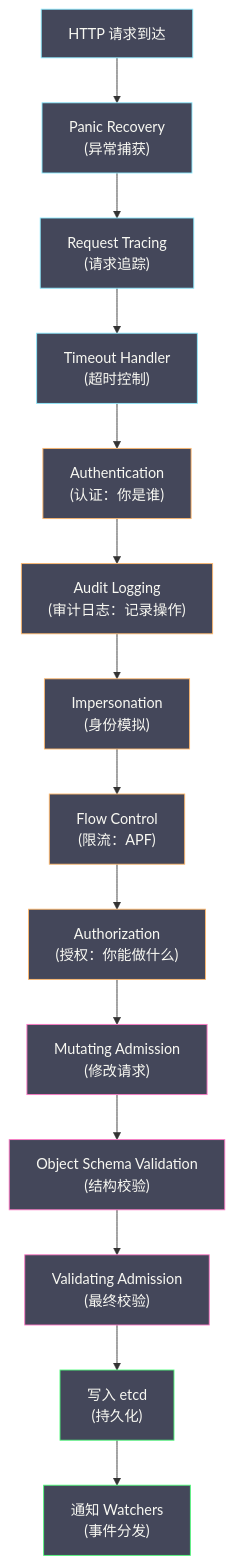
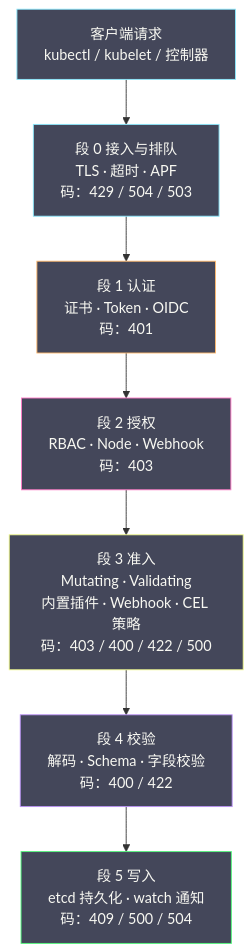
The first of 4 diagrams in content/云原生/Kubernetes/kubernetes之API Server/01 API Server 的角色与整体架构.md (hpliStartAgain/my-brain), drawn with Mermaid before and after one commit. The commit also changed other lines of this file and 455 other files, not shown here.

````diff
--- a/content/云原生/Kubernetes/kubernetes之API Server/01 API Server 的角色与整体架构.md
+++ b/content/云原生/Kubernetes/kubernetes之API Server/01 API Server 的角色与整体架构.md
@@ -97,27 +45,25 @@
 ```mermaid
 %%{init: {'theme': 'dracula'}}%%
 graph TD
-    REQ["HTTP 请求到达"] --> PANIC["Panic Recovery</br>(异常捕获)"]
-    PANIC --> TRACE["Request Tracing</br>(请求追踪)"]
-    TRACE --> TIMEOUT["Timeout Handler</br>(超时控制)"]
-    TIMEOUT --> AUTH["Authentication</br>(认证：你是谁)"]
-    AUTH --> AUDIT["Audit Logging</br>(审计日志：记录操作)"]
-    AUDIT --> IMPERSON["Impersonation</br>(身份模拟)"]
-    IMPERSON --> FLOW["Flow Control</br>(限流：APF)"]
-    FLOW --> AUTHZ["Authorization</br>(授权：你能做什么)"]
-    AUTHZ --> MUT["Mutating Admission</br>(修改请求)"]
-    MUT --> SCHEMA["Object Schema Validation</br>(结构校验)"]
-    SCHEMA --> VAL["Validating Admission</br>(最终校验)"]
-    VAL --> ETCD["写入 etcd</br>(持久化)"]
-    ETCD --> WATCH["通知 Watchers</br>(事件分发)"]
+    REQ["客户端请求<br/>kubectl / kubelet / 控制器"] --> L0["段 0 接入与排队<br/>TLS · 超时 · APF<br/>码：429 / 504 / 503"]
+    L0 --> L1["段 1 认证<br/>证书 · Token · OIDC<br/>码：401"]
+    L1 --> L2["段 2 授权<br/>RBAC · Node · Webhook<br/>码：403"]
+    L2 --> L3["段 3 准入<br/>Mutating · Validating<br/>内置插件 · Webhook · CEL 策略<br/>码：403 / 400 / 422 / 500"]
+    L3 --> L4["段 4 校验<br/>解码 · Schema · 字段校验<br/>码：400 / 422"]
+    L4 --> L5["段 5 写入<br/>etcd 持久化 · watch 通知<br/>码：409 / 500 / 504"]
 
-    classDef early fill:#44475a,stroke:#8be9fd,color:#f8f8f2
-    classDef auth fill:#44475a,stroke:#ffb86c,color:#f8f8f2
-    classDef admission fill:#44475a,stroke:#ff79c6,color:#f8f8f2
-    classDef storage fill:#44475a,stroke:#50fa7b,color:#f8f8f2
+    classDef seg0 fill:#44475a,stroke:#8be9fd,color:#f8f8f2
+    classDef seg1 fill:#44475a,stroke:#ffb86c,color:#f8f8f2
+    classDef seg2 fill:#44475a,stroke:#ff79c6,color:#f8f8f2
+    classDef seg3 fill:#44475a,stroke:#f1fa8c,color:#f8f8f2
+    classDef seg4 fill:#44475a,stroke:#bd93f9,color:#f8f8f2
+    classDef seg5 fill:#44475a,stroke:#50fa7b,color:#f8f8f2
 
-    class REQ,PANIC,TRACE,TIMEOUT early
-    class AUTH,AUDIT,IMPERSON,FLOW,AUTHZ auth
-    class MUT,SCHEMA,VAL admission
-    class ETCD,WATCH storage
+    class REQ seg0
+    class L0 seg0
+    class L1 seg1
+    class L2 seg2
+    class L3 seg3
+    class L4 seg4
+    class L5 seg5
 ```
````
